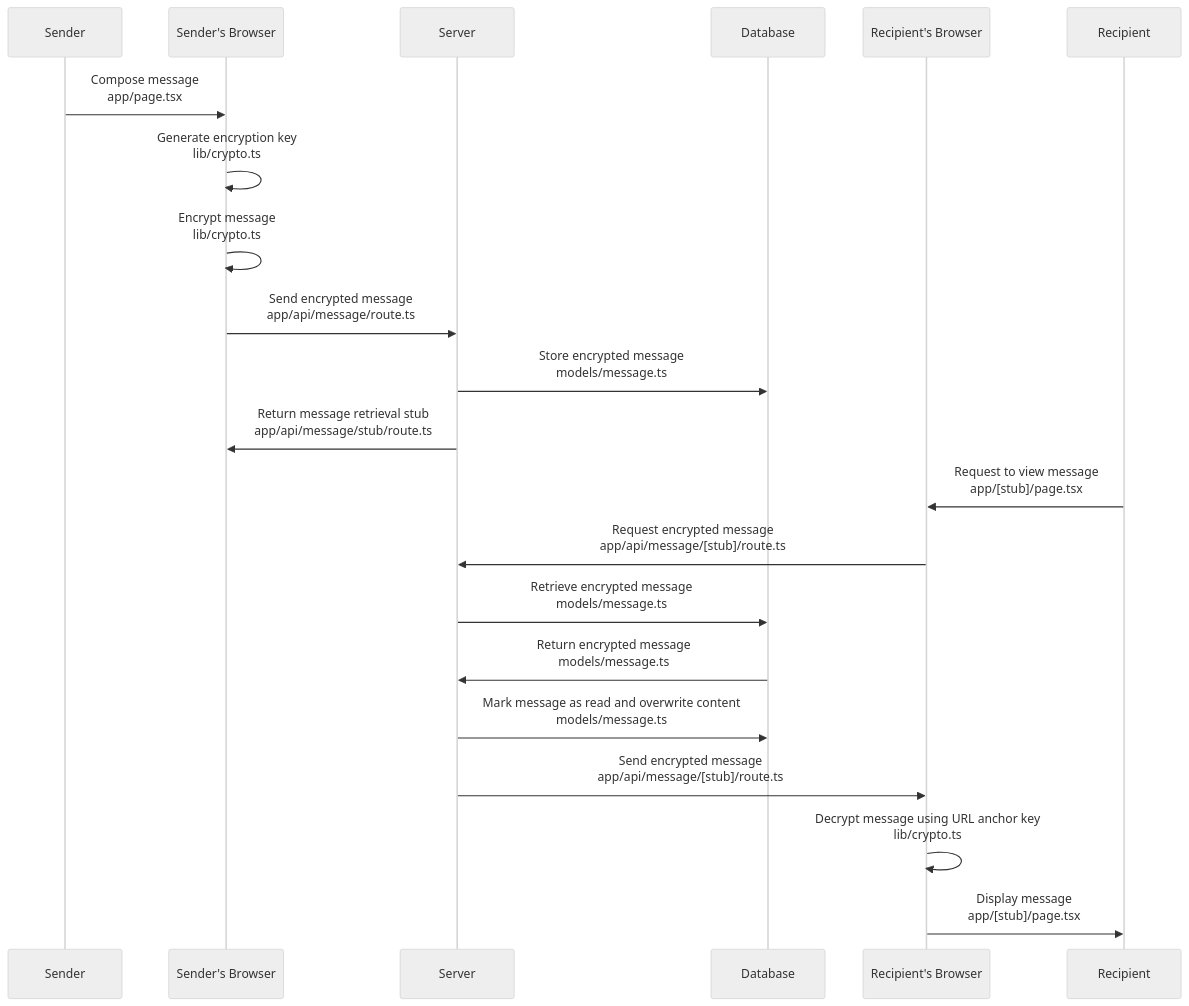
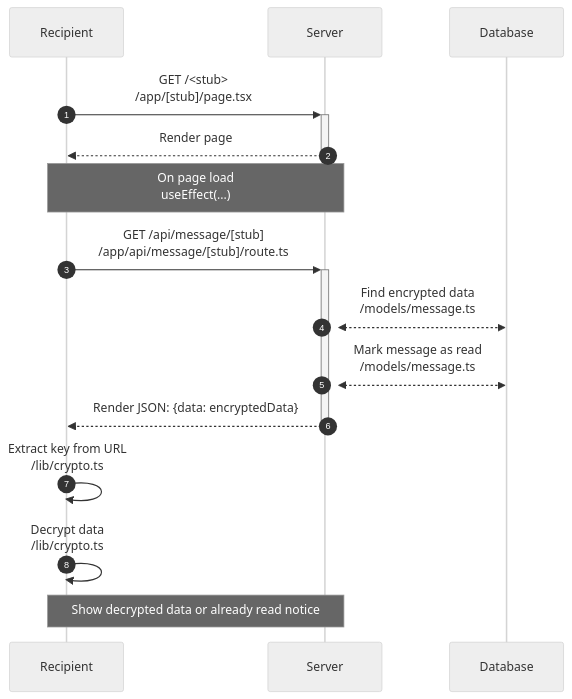
The second of 2 diagrams in README.md (johanns/Celox.js), drawn with Mermaid (neutral theme) before and after one commit. The commit also changed other lines of this file, not shown here.

Commit message:
doc: improve sequence diagram

````diff
--- a/README.md
+++ b/README.md
@@ -115,24 +140,19 @@
 ```mermaid
 sequenceDiagram
-    participant UserA as Sender
-    participant ClientA as Sender's Browser
-    participant Server as Server
-    participant DB as Database
-    participant ClientB as Recipient's Browser
-    participant UserB as Recipient
+    autonumber
 
-    UserA->>ClientA: Compose message <br> app/page.tsx
-    ClientA->>ClientA: Generate encryption key <br> lib/crypto.ts
-    ClientA->>ClientA: Encrypt message <br> lib/crypto.ts
-    ClientA->>Server: Send encrypted message <br> app/api/message/route.ts
-    Server->>DB: Store encrypted message <br> models/message.ts
-    Server->>ClientA: Return message retrieval stub <br> app/api/message/stub/route.ts
-    UserB->>ClientB: Request to view message <br> app/[stub]/page.tsx
-    ClientB->>Server: Request encrypted message <br> app/api/message/[stub]/route.ts
-    Server->>DB: Retrieve encrypted message <br> models/message.ts
-    DB->>Server: Return encrypted message <br> models/message.ts
-    Server->>DB: Mark message as read and overwrite content <br> models/message.ts
-    Server->>ClientB: Send encrypted message <br> app/api/message/[stub]/route.ts
-    ClientB->>ClientB: Decrypt message using URL anchor key <br> lib/crypto.ts
-    ClientB->>UserB: Display message <br> app/[stub]/page.tsx
+    Recipient->>+Server: GET /<stub> <br /> /app/[stub]/page.tsx
+    Server-->>-Recipient: Render page
+
+    note over Recipient,Server: On page load <br /> useEffect(...)
+
+    Recipient->>+Server: GET /api/message/[stub] <br /> /app/api/message/[stub]/route.ts
+    Server<<-->>Database: Find encrypted data <br /> /models/message.ts
+    Server<<-->>Database: Mark message as read <br /> /models/message.ts
+    Server-->>-Recipient: Render JSON: {data: encryptedData}
+
+    Recipient->>Recipient: Extract key from URL <br /> /lib/crypto.ts
+    Recipient->>Recipient: Decrypt data <br /> /lib/crypto.ts
+
+    note over Recipient,Server: Show decrypted data or already read notice
 ```
````
